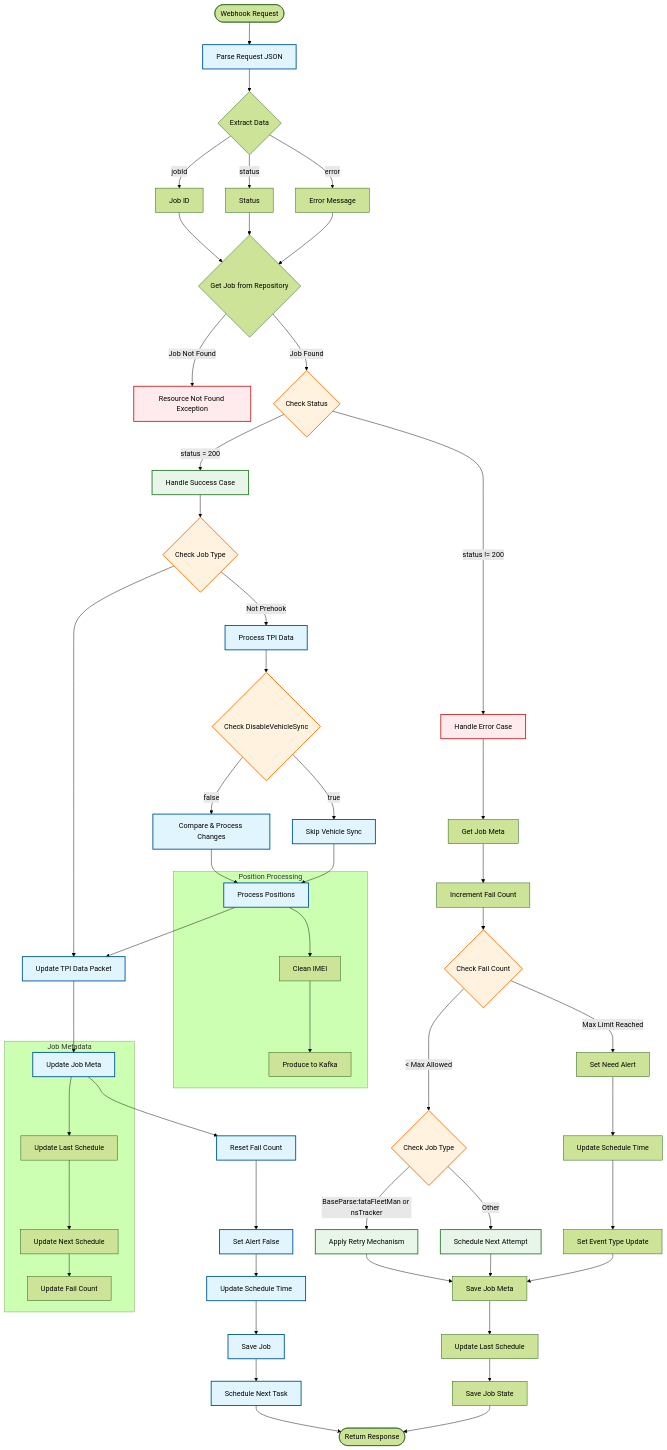
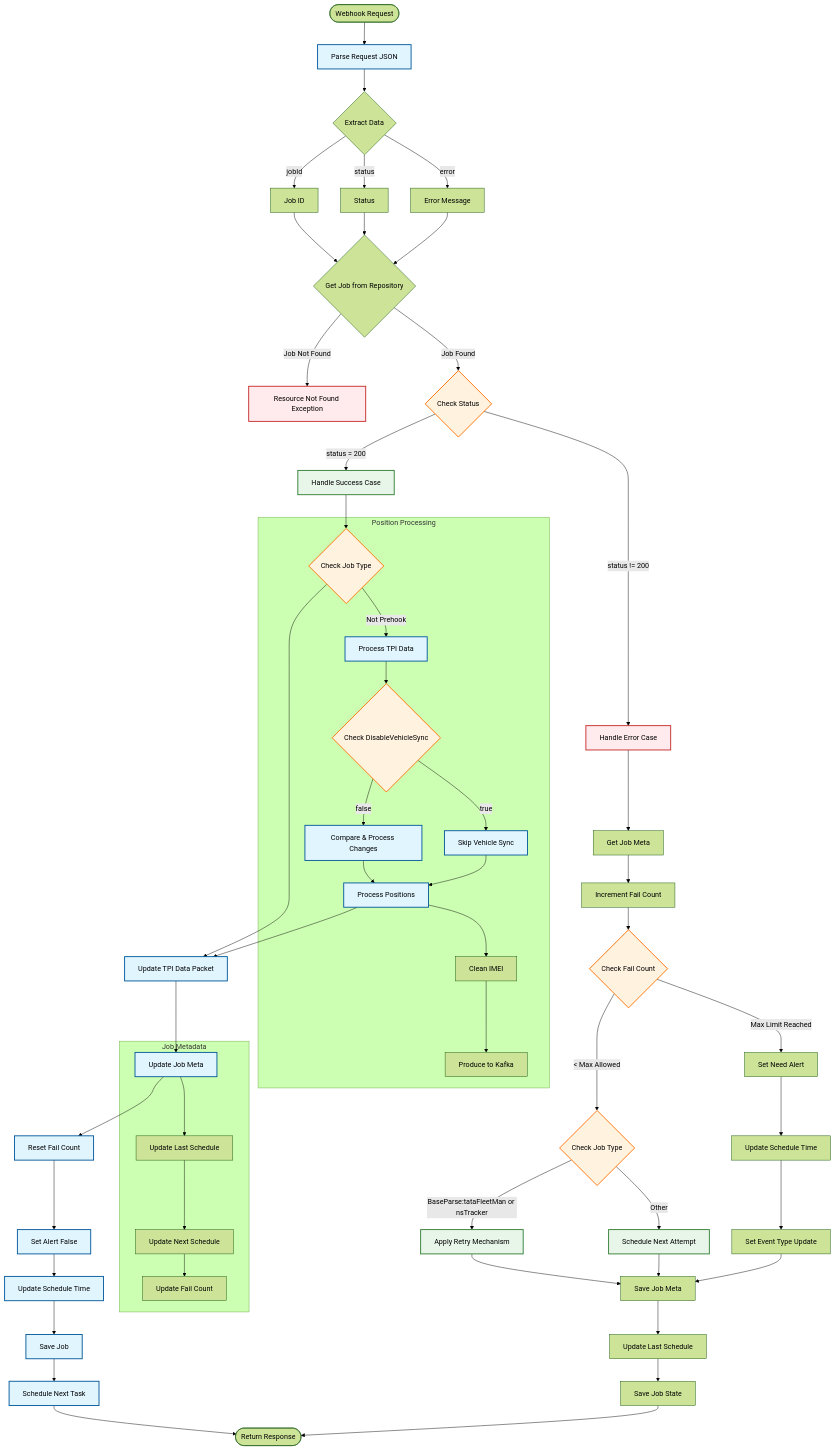
The diagram in TPI/WebhookAPI.mermaid (sahilFretron/myPush), drawn with Mermaid (forest theme) before and after one commit.

```diff
--- a/TPI/WebhookAPI.mermaid
+++ b/TPI/WebhookAPI.mermaid
@@ -1,76 +1,75 @@
 flowchart TD
     Start([Webhook Request]) --> A[Parse Request JSON]
     A --> B{Extract Data}
     B --> |jobId| C[Job ID]
     B --> |status| D[Status]
     B --> |error| E[Error Message]
     
     C & D & E --> F{Get Job from Repository}
     F -->|Job Not Found| G[Resource Not Found Exception]
     
     F -->|Job Found| H{Check Status}
     
     %% Success Flow
     H -->|status = 200| I[Handle Success Case]
     I --> J{Check Job Type}
-    J -->|Not Prehook| K[Process TPI Data]
-    K --> L{Check DisableVehicleSync}
-    L -->|false| M[Compare & Process Changes]
-    L -->|true| N[Skip Vehicle Sync]
-    
-    M & N --> O[Process Positions]
     O --> P[Update TPI Data Packet]
     
     %% Common Success Steps
     J --> P
     P --> Q[Update Job Meta]
     Q --> R[Reset Fail Count]
     R --> S[Set Alert False]
     S --> T[Update Schedule Time]
     T --> U[Save Job]
     U --> V[Schedule Next Task]
     
     %% Error Flow
     H -->|status != 200| W[Handle Error Case]
     W --> X[Get Job Meta]
     X --> Y[Increment Fail Count]
     
     Y --> Z{Check Fail Count}
     Z -->|< Max Allowed| AA{Check Job Type}
     AA -->|BaseParse:tataFleetMan or nsTracker| AB[Apply Retry Mechanism]
     AA -->|Other| AC[Schedule Next Attempt]
     
     Z -->|Max Limit Reached| AD[Set Need Alert]
     AD --> AE[Update Schedule Time]
     AE --> AF[Set Event Type Update]
     
     AB & AC & AF --> AG[Save Job Meta]
     AG --> AH[Update Last Schedule]
     AH --> AI[Save Job State]
     
     %% Final Steps
     V & AI --> End([Return Response])
     
     %% Subgraph for Position Processing
     subgraph Position Processing
+        J -->|Not Prehook| K[Process TPI Data]
+        K --> L{Check DisableVehicleSync}
+        L -->|false| M[Compare & Process Changes]
+        L -->|true| N[Skip Vehicle Sync]
+        M & N --> O[Process Positions]
         O --> O1[Clean IMEI]
         O1 --> O2[Produce to Kafka]
     end
     
     %% Subgraph for Job Meta Updates
     subgraph Job Metadata
         Q --> Q1[Update Last Schedule]
         Q1 --> Q2[Update Next Schedule]
         Q2 --> Q3[Update Fail Count]
     end
     
     %% Styling
     classDef process fill:#e1f5fe,stroke:#01579b,stroke-width:2px
     classDef decision fill:#fff3e0,stroke:#ff6f00,stroke-width:2px
     classDef error fill:#ffebee,stroke:#c62828,stroke-width:2px
     classDef success fill:#e8f5e9,stroke:#2e7d32,stroke-width:2px
     
     class A,K,M,N,O,P,Q,R,S,T,U,V process
     class H,J,L,Z,AA decision
     class G,W,ErrorLog error
     class I,AB,AC success
```
